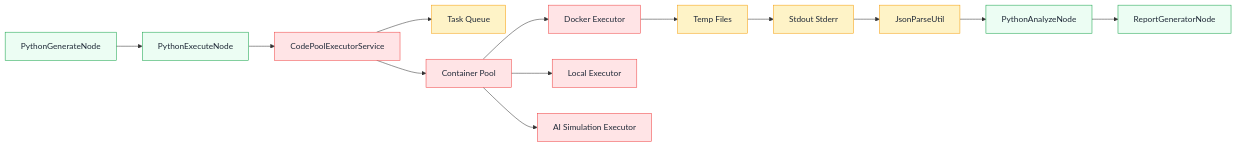
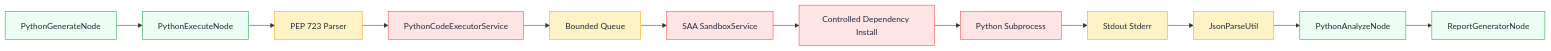
Diagram 17 of 18 in docs/ARCHITECTURE.md (gezhonglunta/McDataAgent), drawn with Mermaid before and after one commit. The commit also changed other lines of this file and 65 other files, not shown here.

First line of the commit message:
feat: integrate SAA Python sandbox with dynamic dependencies (#587)

````diff
--- a/docs/ARCHITECTURE.md
+++ b/docs/ARCHITECTURE.md
@@ -675,23 +676,22 @@
 ```mermaid
 flowchart LR
   PyGen[PythonGenerateNode] --> PyExec[PythonExecuteNode]
-  PyExec --> ExecSvc[CodePoolExecutorService]
-  ExecSvc --> Queue[Task Queue]
-  ExecSvc --> Pool[Container Pool]
-  Pool --> Docker[Docker Executor]
-  Pool --> Local[Local Executor]
-  Pool --> AISim[AI Simulation Executor]
-  Docker --> TempFiles[Temp Files]
-  TempFiles --> StdIO[Stdout Stderr]
+  PyExec --> Parser[PEP 723 Parser]
+  Parser --> ExecSvc[PythonCodeExecutorService]
+  ExecSvc --> Queue[Bounded Queue]
+  Queue --> SAA[SAA SandboxService]
+  SAA --> Install[Controlled Dependency Install]
+  Install --> Run[Python Subprocess]
+  Run --> StdIO[Stdout Stderr]
   StdIO --> JsonParse[JsonParseUtil]
   JsonParse --> PyAnalyze[PythonAnalyzeNode]
   PyAnalyze --> Report[ReportGeneratorNode]
 
   classDef service fill:#ECFDF3,stroke:#16A34A,stroke-width:1px,color:#1F2937;
   classDef exec fill:#FFE4E6,stroke:#EF4444,stroke-width:1px,color:#1F2937;
   classDef data fill:#FEF3C7,stroke:#F59E0B,stroke-width:1px,color:#1F2937;
 
   class PyGen,PyExec,PyAnalyze,Report service
-  class ExecSvc,Pool,Docker,Local,AISim exec
-  class Queue,TempFiles,StdIO,JsonParse data
+  class ExecSvc,SAA,Install,Run exec
+  class Parser,Queue,StdIO,JsonParse data
 ```
````
